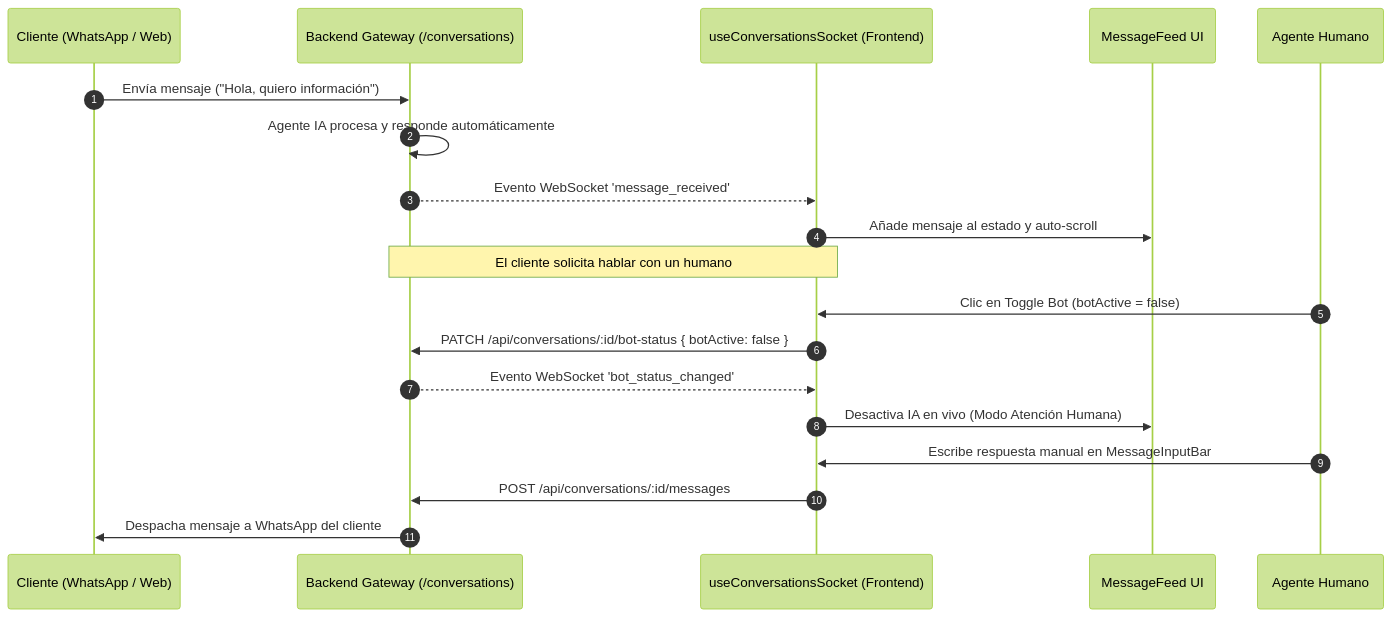
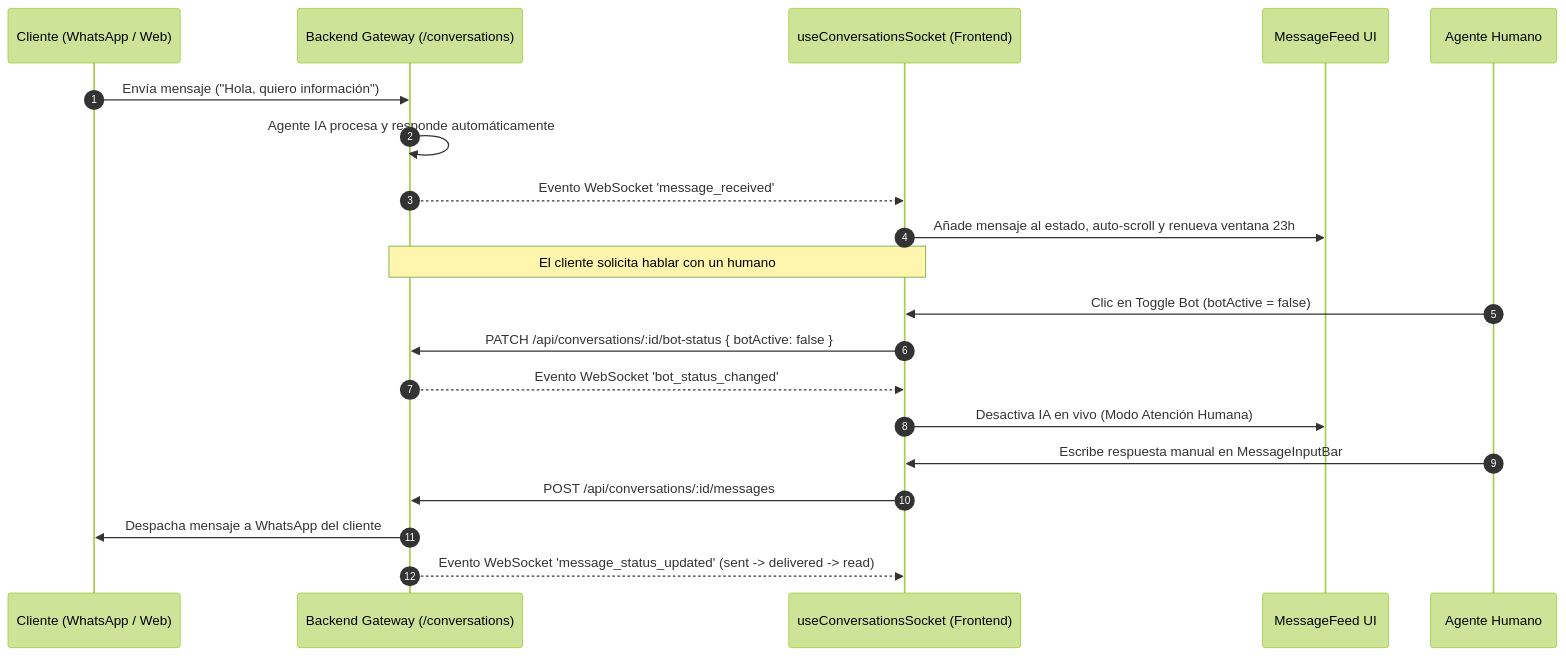
Before and after one commit to DesarrolloTibs/crm-tibs-app: the diagram in Proyectos/CRM TIBS - Chat Omnicanal, WebSockets & Agente IA.md, drawn with Mermaid (forest theme). The commit also changed other lines of this file and 34 other files, not shown here.

````diff
--- a/Proyectos/CRM TIBS - Chat Omnicanal, WebSockets & Agente IA.md
+++ b/Proyectos/CRM TIBS - Chat Omnicanal, WebSockets & Agente IA.md
@@ -22,24 +23,25 @@
 ```mermaid
 sequenceDiagram
     autonumber
     participant Cliente as Cliente (WhatsApp / Web)
     participant Gateway as Backend Gateway (/conversations)
     participant SocketHook as useConversationsSocket (Frontend)
     participant Feed as MessageFeed UI
     participant Agent as Agente Humano
 
     Cliente->>Gateway: Envía mensaje ("Hola, quiero información")
     Gateway->>Gateway: Agente IA procesa y responde automáticamente
     Gateway-->>SocketHook: Evento WebSocket 'message_received'
-    SocketHook->>Feed: Añade mensaje al estado y auto-scroll
+    SocketHook->>Feed: Añade mensaje al estado, auto-scroll y renueva ventana 23h
     
     Note over Gateway,SocketHook: El cliente solicita hablar con un humano
     Agent->>SocketHook: Clic en Toggle Bot (botActive = false)
     SocketHook->>Gateway: PATCH /api/conversations/:id/bot-status { botActive: false }
     Gateway-->>SocketHook: Evento WebSocket 'bot_status_changed'
     SocketHook->>Feed: Desactiva IA en vivo (Modo Atención Humana)
     
     Agent->>SocketHook: Escribe respuesta manual en MessageInputBar
     SocketHook->>Gateway: POST /api/conversations/:id/messages
     Gateway->>Cliente: Despacha mensaje a WhatsApp del cliente
+    Gateway-->>SocketHook: Evento WebSocket 'message_status_updated' (sent -> delivered -> read)
 ```
````
